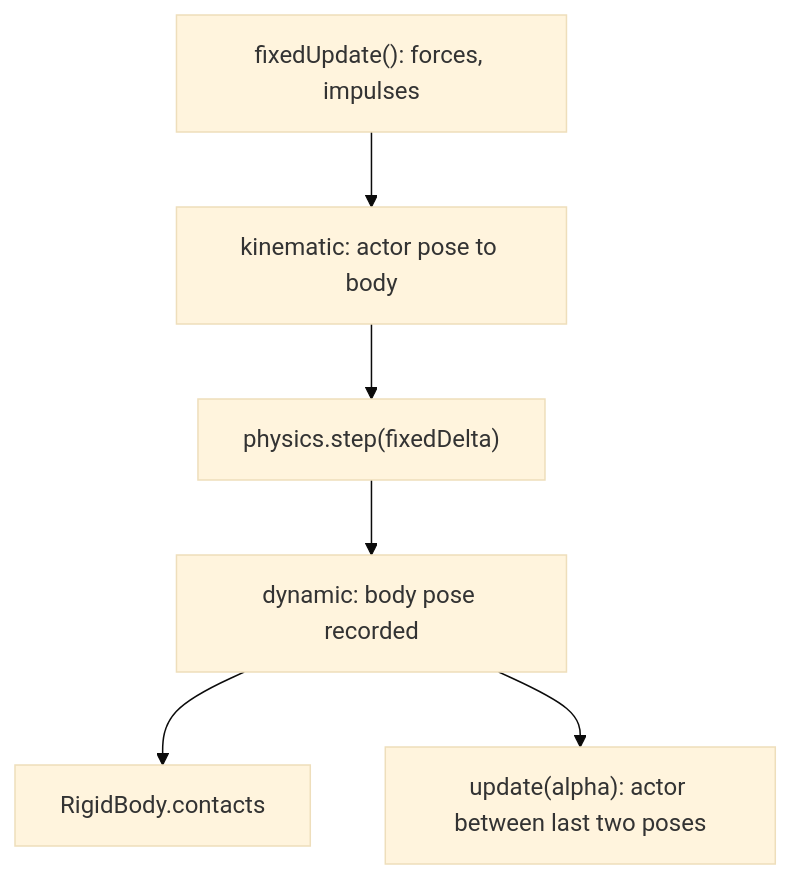
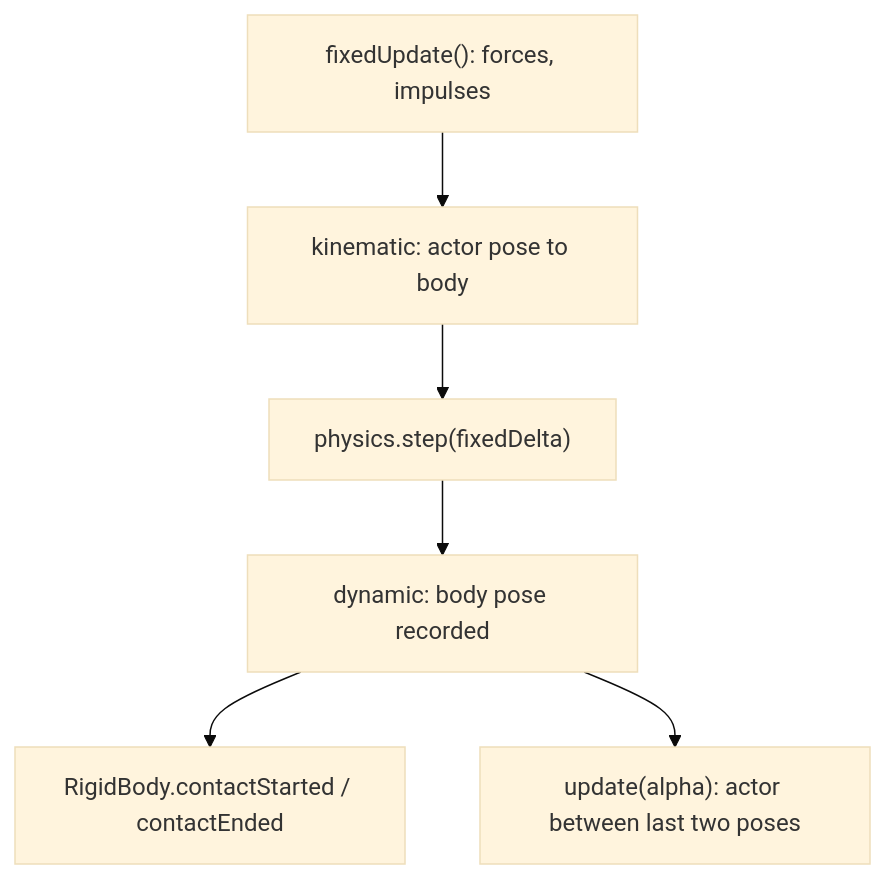
The second of 2 diagrams in packages/physics/ARCHITECTURE.md (JollyPixel/editor), drawn with Mermaid (base theme) before and after one commit. The commit also changed 66 other files, not shown here.

````diff
--- a/packages/physics/ARCHITECTURE.md
+++ b/packages/physics/ARCHITECTURE.md
@@ -36,12 +36,12 @@
 ```mermaid
 flowchart TB
     Script["fixedUpdate(): forces, impulses"]
     Kinematic["kinematic: actor pose to body"]
     Step["physics.step(fixedDelta)"]
     Dynamic["dynamic: body pose recorded"]
-    Contacts["RigidBody.contacts"]
+    Contacts["RigidBody.contactStarted / contactEnded"]
     Render["update(alpha): actor between last two poses"]
 
     Script --> Kinematic --> Step --> Dynamic --> Contacts
     Dynamic --> Render
 ```
````
